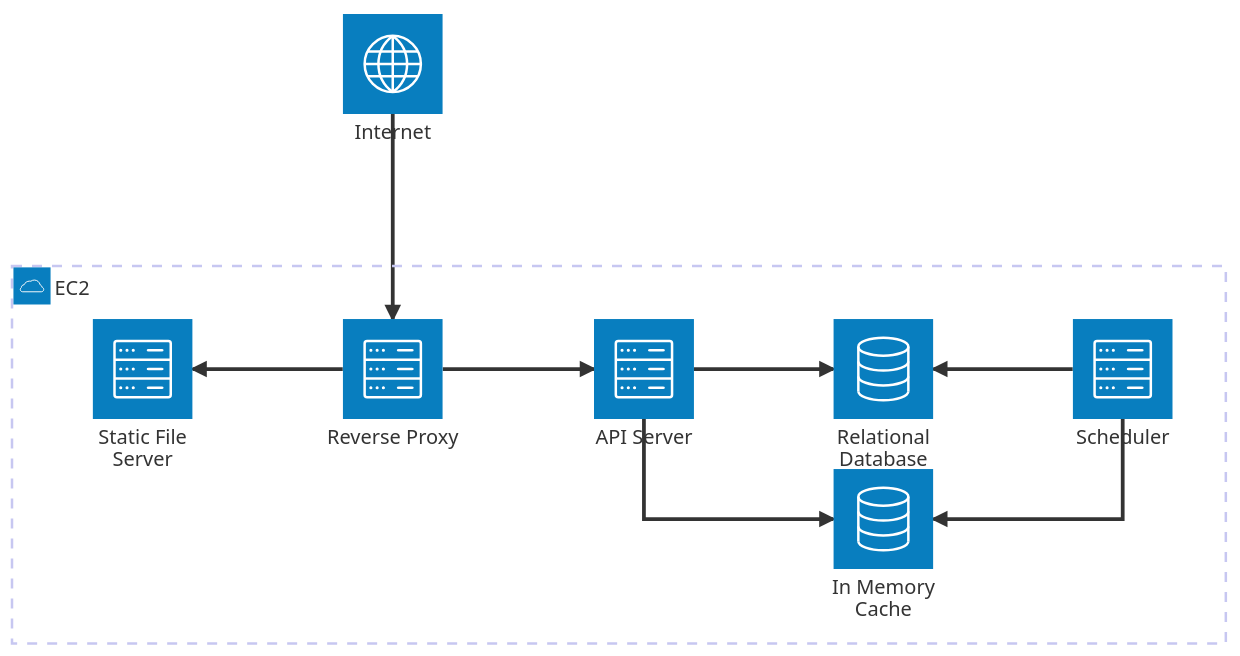
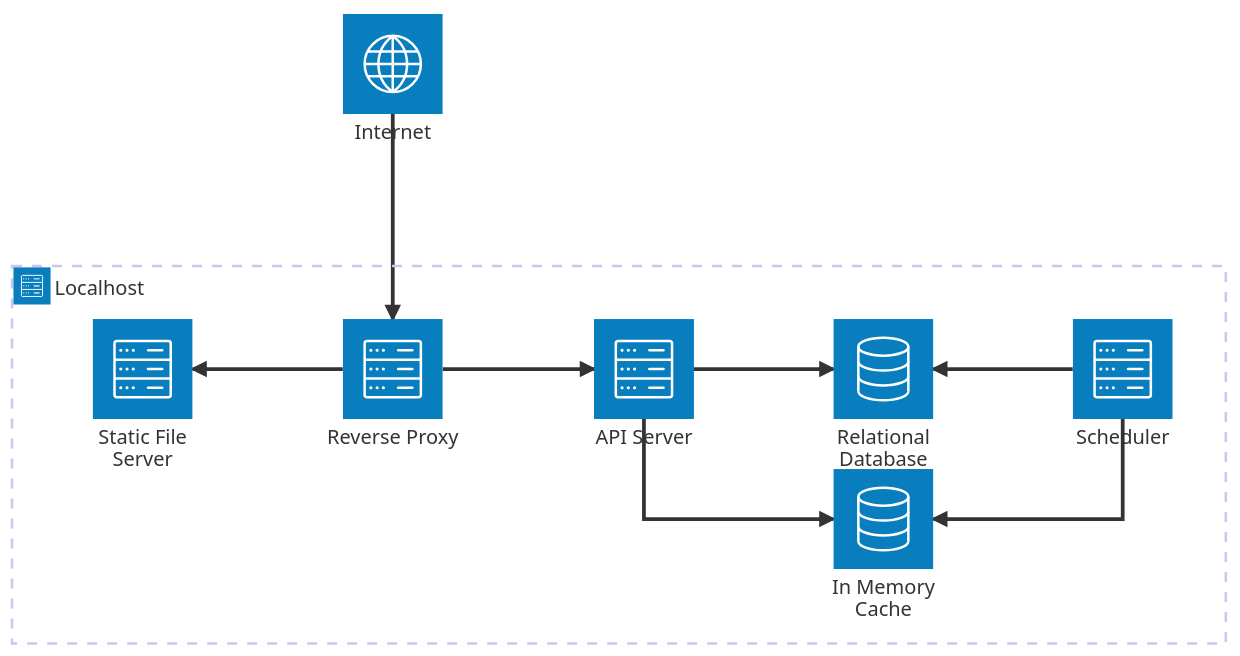
One commit to bingyangchen/taigu changed the first of 3 diagrams in README.md. Above: the diagram before and after it, drawn with Mermaid. The commit also changed other lines of this file and 8 other files, not shown here.

First line of the commit message:
Feature/modify architecture (#85)

````diff
--- a/README.md
+++ b/README.md
@@ -13,19 +15,19 @@
 ```mermaid
 architecture-beta
-    group ec2(cloud)[EC2]
-    service db(database)[Relational Database] in ec2
-    service in_mem_cache(database)[In Memory Cache] in ec2
-    service api_server(server)[API Server] in ec2
-    service frontend(server)[Static File Server] in ec2
-    service reverse_proxy(server)[Reverse Proxy] in ec2
-    service scheduler(server)[Scheduler] in ec2
+    group localhost(server)[Localhost]
+    service db(database)[Relational Database] in localhost
+    service in_mem_cache(database)[In Memory Cache] in localhost
+    service api_server(server)[API Server] in localhost
+    service frontend(server)[Static File Server] in localhost
+    service reverse_proxy(server)[Reverse Proxy] in localhost
+    service scheduler(server)[Scheduler] in localhost
     service internet(internet)[Internet]
 
     internet:B --> T:reverse_proxy
     reverse_proxy:R --> L:api_server
     reverse_proxy:L --> R:frontend
     api_server:R --> L:db
     api_server:B --> L:in_mem_cache
     scheduler:L --> R:db
     scheduler:B --> R:in_mem_cache
 ```
````
